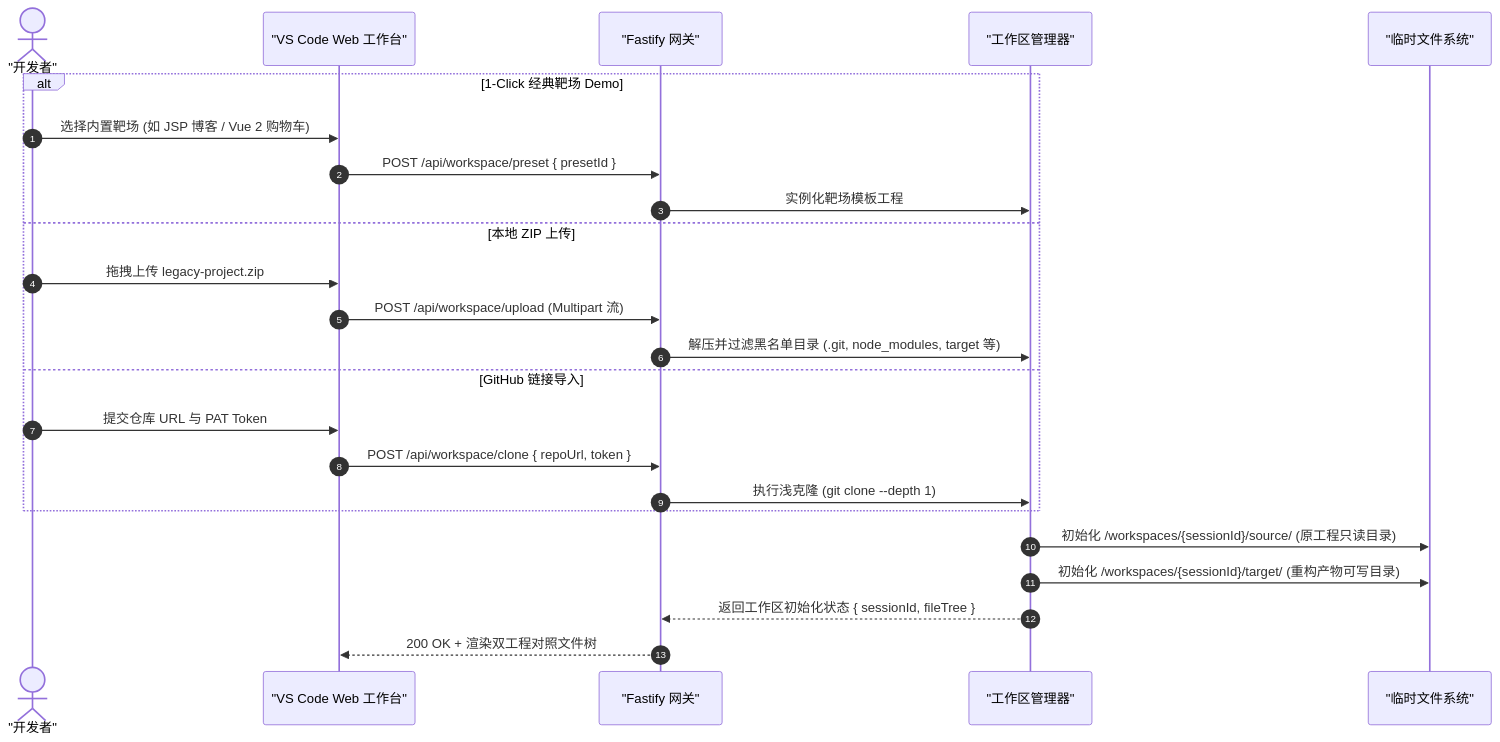
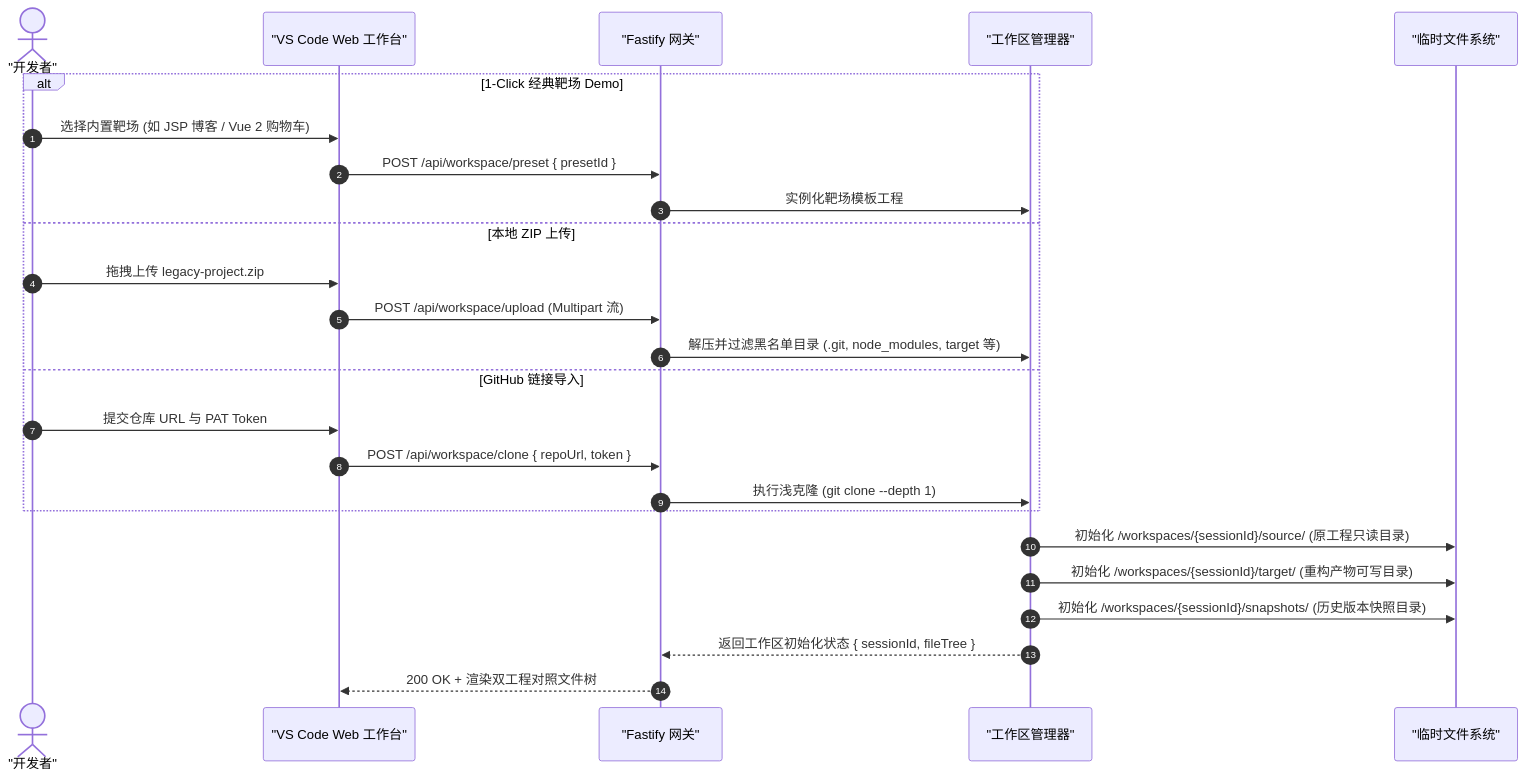
One commit to SakuraCianna/LegacyCodeModernizer changed the second of 5 diagrams in docs/zh/architecture.md. Above: the diagram before and after it, drawn with Mermaid. The commit also changed other lines of this file and 3 other files, not shown here.

````diff
--- a/docs/zh/architecture.md
+++ b/docs/zh/architecture.md
@@ -104,28 +108,29 @@
 ```mermaid
 sequenceDiagram
     autonumber
     actor Developer as "开发者"
     participant UI as "VS Code Web 工作台"
     participant API as "Fastify 网关"
     participant WM as "工作区管理器"
     participant FS as "临时文件系统"
 
     alt 1-Click 经典靶场 Demo
         Developer->>UI: 选择内置靶场 (如 JSP 博客 / Vue 2 购物车)
         UI->>API: POST /api/workspace/preset { presetId }
         API->>WM: 实例化靶场模板工程
     else 本地 ZIP 上传
         Developer->>UI: 拖拽上传 legacy-project.zip
         UI->>API: POST /api/workspace/upload (Multipart 流)
         API->>WM: 解压并过滤黑名单目录 (.git, node_modules, target 等)
     else GitHub 链接导入
         Developer->>UI: 提交仓库 URL 与 PAT Token
         UI->>API: POST /api/workspace/clone { repoUrl, token }
         API->>WM: 执行浅克隆 (git clone --depth 1)
     end
 
     WM->>FS: 初始化 /workspaces/{sessionId}/source/ (原工程只读目录)
     WM->>FS: 初始化 /workspaces/{sessionId}/target/ (重构产物可写目录)
+    WM->>FS: 初始化 /workspaces/{sessionId}/snapshots/ (历史版本快照目录)
     WM-->>API: 返回工作区初始化状态 { sessionId, fileTree }
     API-->>UI: 200 OK + 渲染双工程对照文件树
 ```
````
